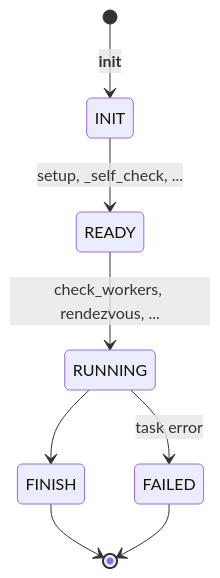
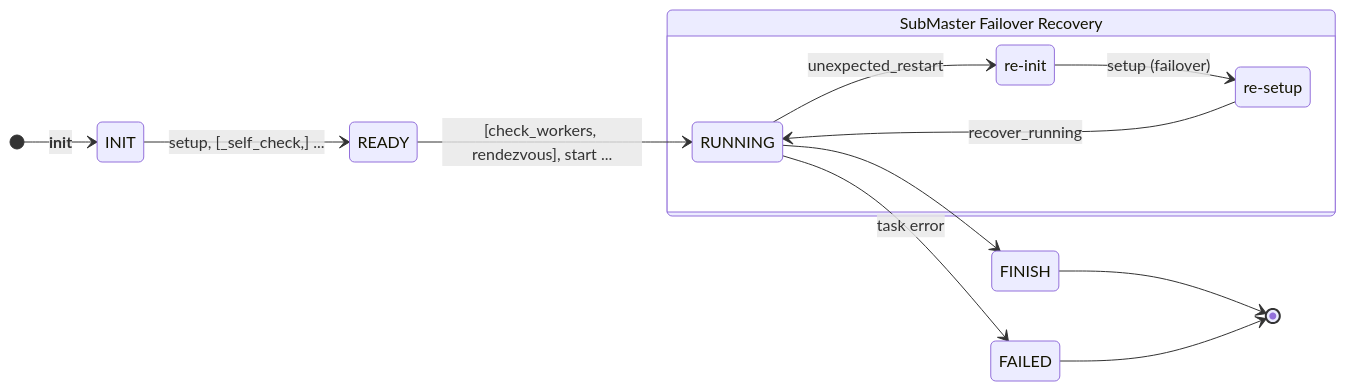
The second of 5 diagrams in docs/design/unified-architecture.md (intelligent-machine-learning/dlrover), drawn with Mermaid before and after one commit. The commit also changed 3 other files, not shown here.

````diff
--- a/docs/design/unified-architecture.md
+++ b/docs/design/unified-architecture.md
@@ -173,10 +173,21 @@
 ```mermaid
 stateDiagram-v2
+    direction LR
+
     [*] --> INIT: __init__
-    INIT --> READY: setup, _self_check, ...
-    READY --> RUNNING: check_workers, rendezvous, ...
-    RUNNING --> FINISH: 
+    INIT --> READY: setup, [_self_check,] ...
+    READY --> RUNNING: [check_workers, rendezvous], start ...
+    RUNNING --> FINISH
     RUNNING --> FAILED: task error
-FINISH --> [*]
-FAILED --> [*]
+    FINISH --> [*]
+    FAILED --> [*]
+
+    state "SubMaster Failover Recovery" as FAILOVER {
+        INIT_F: re-init
+        READY_F: re-setup
+
+        RUNNING --> INIT_F: unexpected_restart
+        INIT_F --> READY_F: setup (failover)
+        READY_F --> RUNNING: recover_running
+    }
 ```
````
